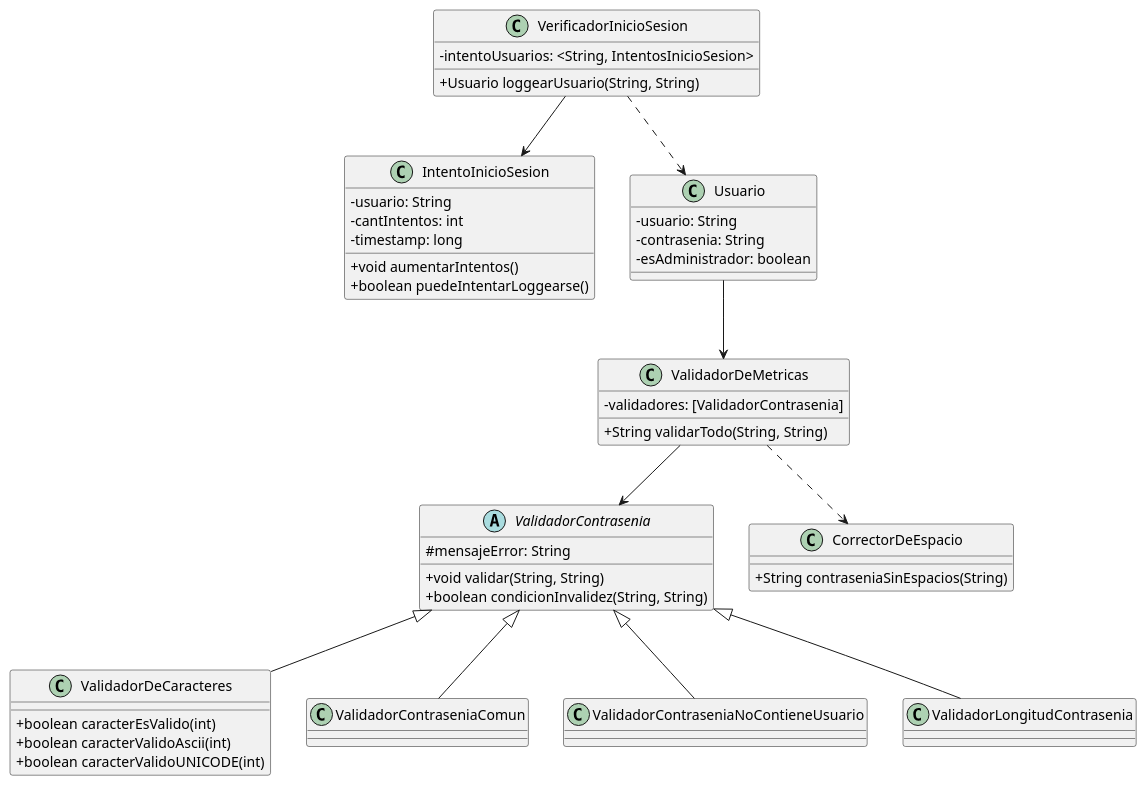
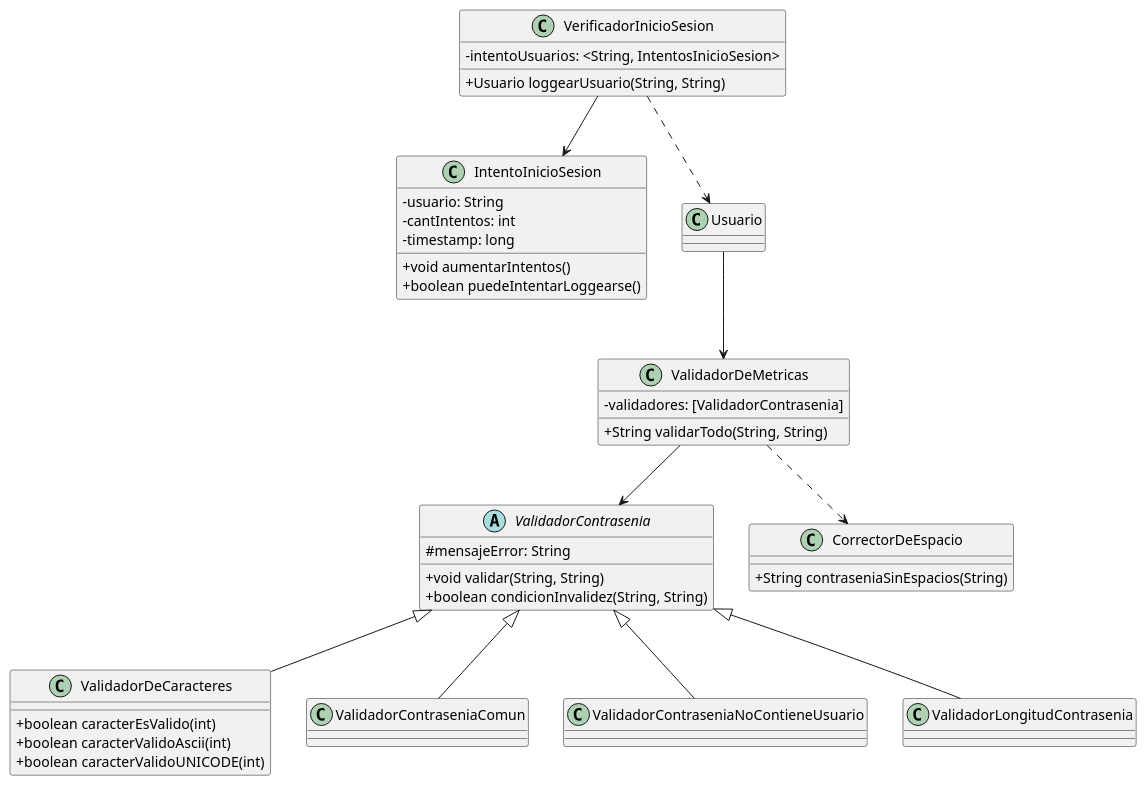
The diagram in src/modeloDeSeguridad.puml (IgnacioG2000/TP-DDS), drawn with PlantUML before and after one commit. The commit also changed 1 other file, not shown here.

Commit message:
Poniendo los packages en los diagramas

```diff
--- a/src/modeloDeSeguridad.puml
+++ b/src/modeloDeSeguridad.puml
@@ -1,71 +1,65 @@
 @startuml
 skinparam classAttributeIconSize 0
 
 class VerificadorInicioSesion {
 -intentoUsuarios: <String, IntentosInicioSesion>
 
 +Usuario loggearUsuario(String, String)
 }
 
 class IntentoInicioSesion {
 -usuario: String
 -cantIntentos: int
 -timestamp: long
 
 +void aumentarIntentos()
 +boolean puedeIntentarLoggearse()
-}
-
-class Usuario {
--usuario: String
--contrasenia: String
--esAdministrador: boolean
 }
 
 class ValidadorDeMetricas {
 -validadores: [ValidadorContrasenia]
 
 +String validarTodo(String, String)
 }
 
 abstract class ValidadorContrasenia {
 #mensajeError: String
 
 + void validar(String, String)
 + boolean condicionInvalidez(String, String)
 }
 
 class ValidadorDeCaracteres extends ValidadorContrasenia {
 
 +boolean caracterEsValido(int)
 +boolean caracterValidoAscii(int)
 +boolean caracterValidoUNICODE(int)
 }
 
 class ValidadorContraseniaComun extends ValidadorContrasenia {
 
 }
 
 class ValidadorContraseniaNoContieneUsuario extends ValidadorContrasenia {
 
 }
 
 class ValidadorLongitudContrasenia extends ValidadorContrasenia {
 
 }
 
 class CorrectorDeEspacio {
 
 +String contraseniaSinEspacios(String)
 }
 
 
 VerificadorInicioSesion --> IntentoInicioSesion
 VerificadorInicioSesion ..> Usuario
 
 Usuario --> ValidadorDeMetricas
 
 ValidadorDeMetricas --> ValidadorContrasenia
 ValidadorDeMetricas ..> CorrectorDeEspacio
 
 @enduml
```
